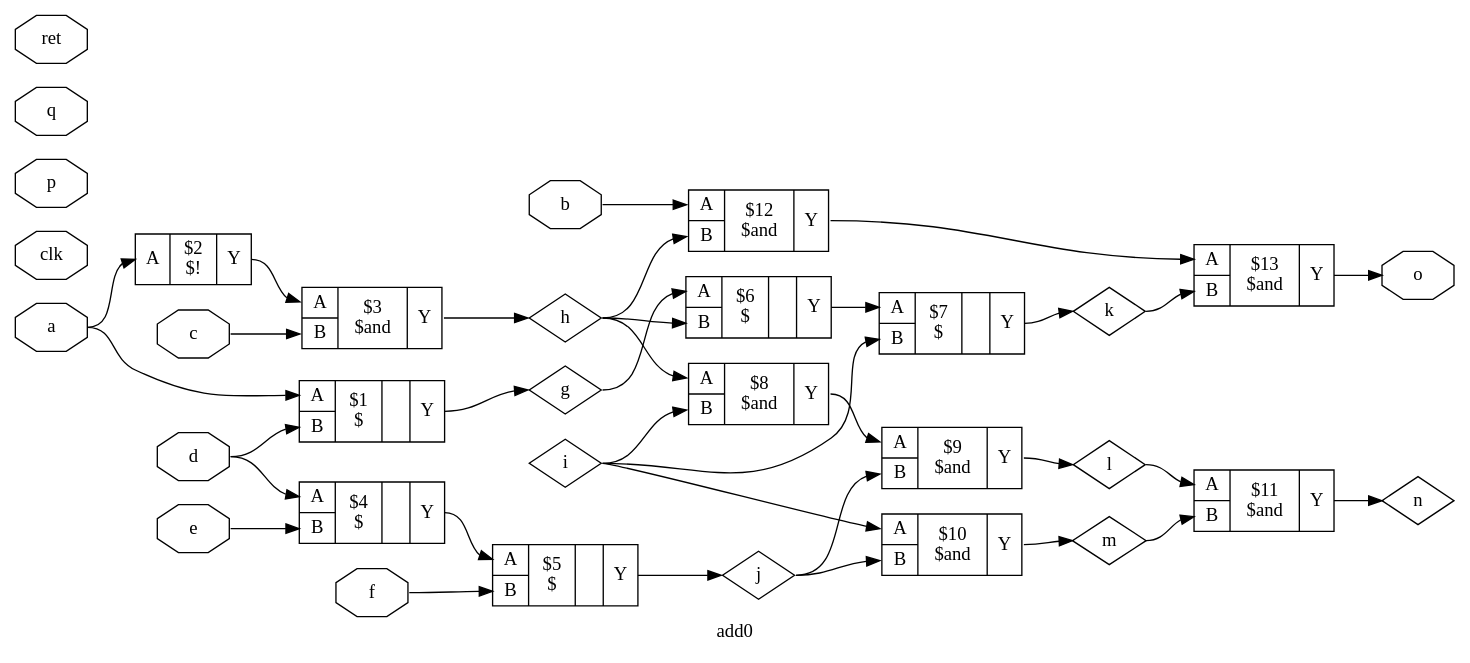
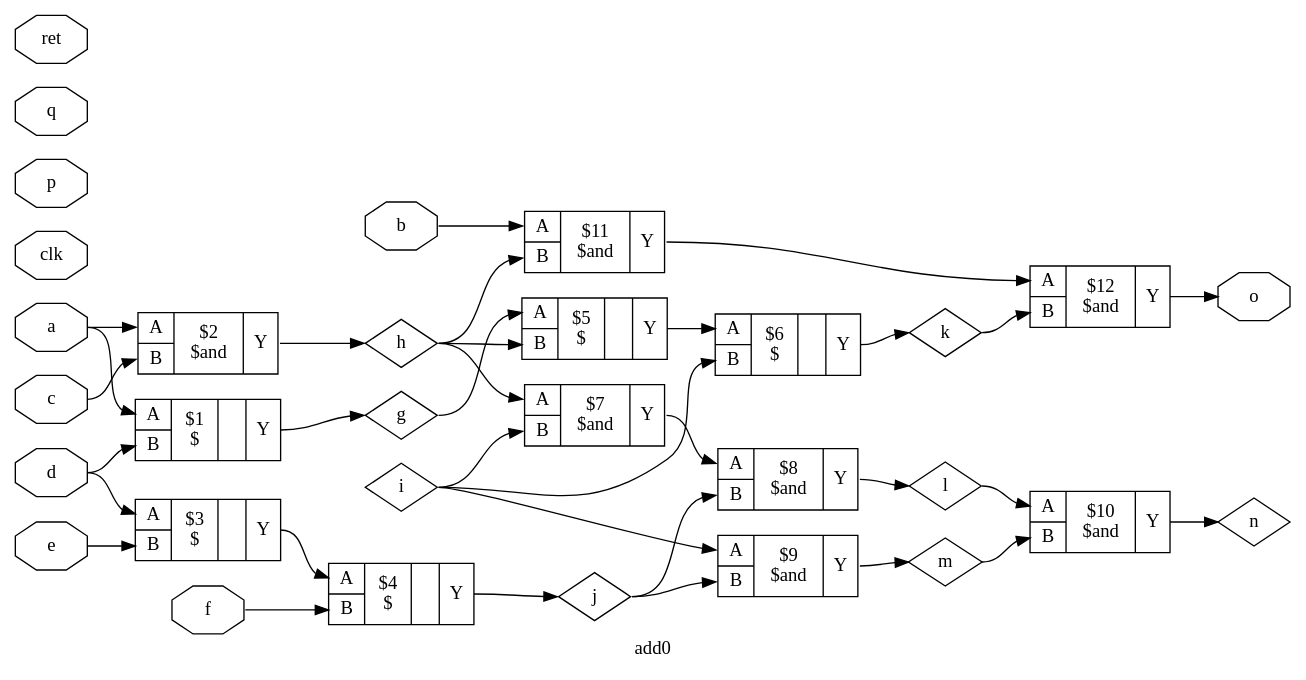
Before and after one commit to three-words-of-knot/2024-DuiMingZanDing-ZongShe: the diagram in output/test1.dot, drawn with Graphviz. The commit also changed 5 other files, not shown here.

```diff
--- a/output/test1.dot
+++ b/output/test1.dot
@@ -1,70 +1,68 @@
 digraph "add0" {
 label="add0";
 rankdir="LR";
 remincross=true;
 n1 [ shape=octagon, label="a"];
 n2 [ shape=octagon, label="b"];
 n3 [ shape=octagon, label="c"];
 n4 [ shape=octagon, label="clk"];
 n5 [ shape=octagon, label="d"];
 n6 [ shape=octagon, label="e"];
 n7 [ shape=octagon, label="f"];
 n8 [ shape=diamond, label="g"];
 n9 [ shape=diamond, label="h"];
 n10 [ shape=diamond, label="i"];
 n11 [ shape=diamond, label="j"];
 n12 [ shape=diamond, label="k"];
 n13 [ shape=diamond, label="l"];
 n14 [ shape=diamond, label="m"];
 n15 [ shape=diamond, label="n"];
 n16 [ shape=octagon, label="o"];
 n17 [ shape=octagon, label="p"];
 n18 [ shape=octagon, label="q"];
 n19 [ shape=octagon, label="ret"];
 c23 [ shape=record, label="{{<p20> A|<p21> B}|$1\n$||{<p22> Y}}", ];
 n1:e -> c23:p20:w;
 n5:e -> c23:p21:w;
 c23:p22:e -> n8:w;
-c24 [ shape=record, label="{{<p20> A}|$2\n$!|{<p22> Y}}", ];
+c24 [ shape=record, label="{{<p20> A|<p21> B}|$2\n\$and|{<p22> Y}}", ];
 n1:e -> c24:p20:w;
-c25 [ shape=record, label="{{<p20> A|<p21> B}|$3\n\$and|{<p22> Y}}", ];
-c24:e -> c25:p20:w;
-n3:e -> c25:p21:w;
-c25:p22:e -> n9:w;
+n3:e -> c24:p21:w;
+c24:p22:e -> n9:w;
+c25 [ shape=record, label="{{<p20> A|<p21> B}|$3\n$||{<p22> Y}}", ];
+n5:e -> c25:p20:w;
+n6:e -> c25:p21:w;
 c26 [ shape=record, label="{{<p20> A|<p21> B}|$4\n$||{<p22> Y}}", ];
-n5:e -> c26:p20:w;
-n6:e -> c26:p21:w;
+c25:e -> c26:p20:w;
+n7:e -> c26:p21:w;
+c26:p22:e -> n11:w;
 c27 [ shape=record, label="{{<p20> A|<p21> B}|$5\n$||{<p22> Y}}", ];
-c26:e -> c27:p20:w;
-n7:e -> c27:p21:w;
-c27:p22:e -> n11:w;
+n8:e -> c27:p20:w;
+n9:e -> c27:p21:w;
 c28 [ shape=record, label="{{<p20> A|<p21> B}|$6\n$||{<p22> Y}}", ];
-n8:e -> c28:p20:w;
-n9:e -> c28:p21:w;
-c29 [ shape=record, label="{{<p20> A|<p21> B}|$7\n$||{<p22> Y}}", ];
-c28:e -> c29:p20:w;
+c27:e -> c28:p20:w;
+n10:e -> c28:p21:w;
+c28:p22:e -> n12:w;
+c29 [ shape=record, label="{{<p20> A|<p21> B}|$7\n\$and|{<p22> Y}}", ];
+n9:e -> c29:p20:w;
 n10:e -> c29:p21:w;
-c29:p22:e -> n12:w;
 c30 [ shape=record, label="{{<p20> A|<p21> B}|$8\n\$and|{<p22> Y}}", ];
-n9:e -> c30:p20:w;
-n10:e -> c30:p21:w;
+c29:e -> c30:p20:w;
+n11:e -> c30:p21:w;
+c30:p22:e -> n13:w;
 c31 [ shape=record, label="{{<p20> A|<p21> B}|$9\n\$and|{<p22> Y}}", ];
-c30:e -> c31:p20:w;
+n10:e -> c31:p20:w;
 n11:e -> c31:p21:w;
-c31:p22:e -> n13:w;
+c31:p22:e -> n14:w;
 c32 [ shape=record, label="{{<p20> A|<p21> B}|$10\n\$and|{<p22> Y}}", ];
-n10:e -> c32:p20:w;
-n11:e -> c32:p21:w;
-c32:p22:e -> n14:w;
+n13:e -> c32:p20:w;
+n14:e -> c32:p21:w;
+c32:p22:e -> n15:w;
 c33 [ shape=record, label="{{<p20> A|<p21> B}|$11\n\$and|{<p22> Y}}", ];
-n13:e -> c33:p20:w;
-n14:e -> c33:p21:w;
-c33:p22:e -> n15:w;
+n2:e -> c33:p20:w;
+n9:e -> c33:p21:w;
 c34 [ shape=record, label="{{<p20> A|<p21> B}|$12\n\$and|{<p22> Y}}", ];
-n2:e -> c34:p20:w;
-n9:e -> c34:p21:w;
-c35 [ shape=record, label="{{<p20> A|<p21> B}|$13\n\$and|{<p22> Y}}", ];
-c34:e -> c35:p20:w;
-n12:e -> c35:p21:w;
-c35:p22:e -> n16:w;
+c33:e -> c34:p20:w;
+n12:e -> c34:p21:w;
+c34:p22:e -> n16:w;
 }
```
